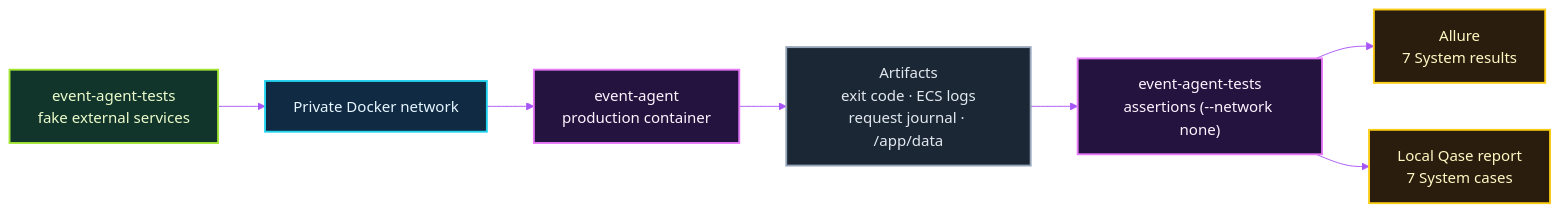
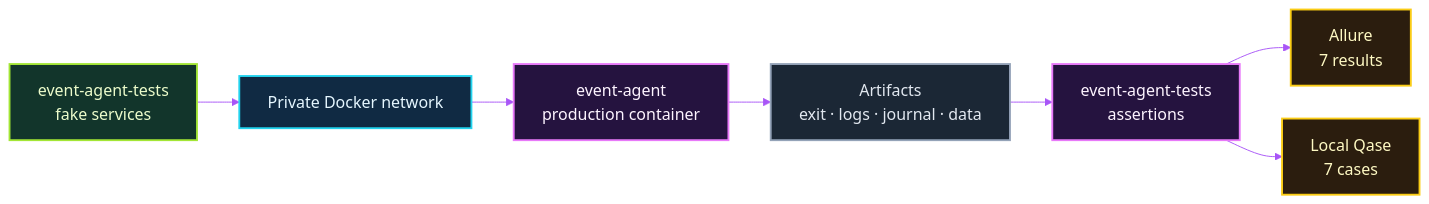
One commit to michalmarczuk/event-agent changed the second of 3 diagrams in docs/TESTING.md. Above: the diagram before and after it, drawn with Mermaid. The commit also changed other lines of this file and 3 other files, not shown here.

Commit message:
Improve Mermaid diagram readability across documentation

````diff
--- a/docs/TESTING.md
+++ b/docs/TESTING.md
@@ -78,21 +78,21 @@
 ```mermaid
-%%{init: {'theme': 'base', 'themeVariables': {'background': '#07111f', 'primaryColor': '#102a43', 'primaryTextColor': '#e6f7ff', 'primaryBorderColor': '#22d3ee', 'secondaryColor': '#25133f', 'tertiaryColor': '#12352b', 'lineColor': '#a855f7', 'fontFamily': 'ui-sans-serif, system-ui'}}}%%
+%%{init: {'theme': 'base', 'themeVariables': {'background': '#07111f', 'primaryColor': '#102a43', 'primaryTextColor': '#e6f7ff', 'primaryBorderColor': '#22d3ee', 'secondaryColor': '#25133f', 'tertiaryColor': '#12352b', 'lineColor': '#a855f7', 'fontFamily': 'ui-sans-serif, system-ui', 'fontSize': '17px'}, 'flowchart': {'nodeSpacing': 35, 'rankSpacing': 45}}}%%
 flowchart LR
-    fake["event-agent-tests\nfake external services"] --> network["Private Docker network"]
+    fake["event-agent-tests\nfake services"] --> network["Private Docker network"]
     network --> sut["event-agent\nproduction container"]
-    sut --> artifacts["Artifacts\nexit code · ECS logs\nrequest journal · /app/data"]
-    artifacts --> assertions["event-agent-tests\nassertions (--network none)"]
-    assertions --> allure["Allure\n7 System results"]
-    assertions --> qase["Local Qase report\n7 System cases"]
+    sut --> artifacts["Artifacts\nexit · logs · journal · data"]
+    artifacts --> assertions["event-agent-tests\nassertions"]
+    assertions --> allure["Allure\n7 results"]
+    assertions --> qase["Local Qase\n7 cases"]
 
     classDef lime fill:#12352b,stroke:#a3e635,color:#ecfccb,stroke-width:2px;
     classDef boundary fill:#102a43,stroke:#22d3ee,color:#e6f7ff,stroke-width:2px;
     classDef violet fill:#25133f,stroke:#e879f9,color:#fdf4ff,stroke-width:2px;
     classDef artifact fill:#1b2735,stroke:#94a3b8,color:#e2e8f0,stroke-width:2px;
     classDef report fill:#2b1d0e,stroke:#facc15,color:#fef9c3,stroke-width:2px;
     class fake lime;
     class network boundary;
     class sut,assertions violet;
     class artifacts artifact;
     class allure,qase report;
 ```
````
